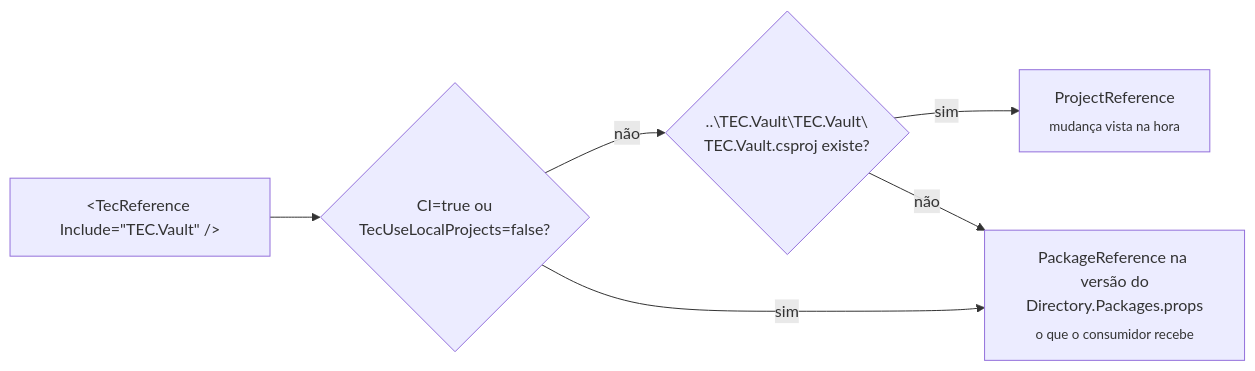
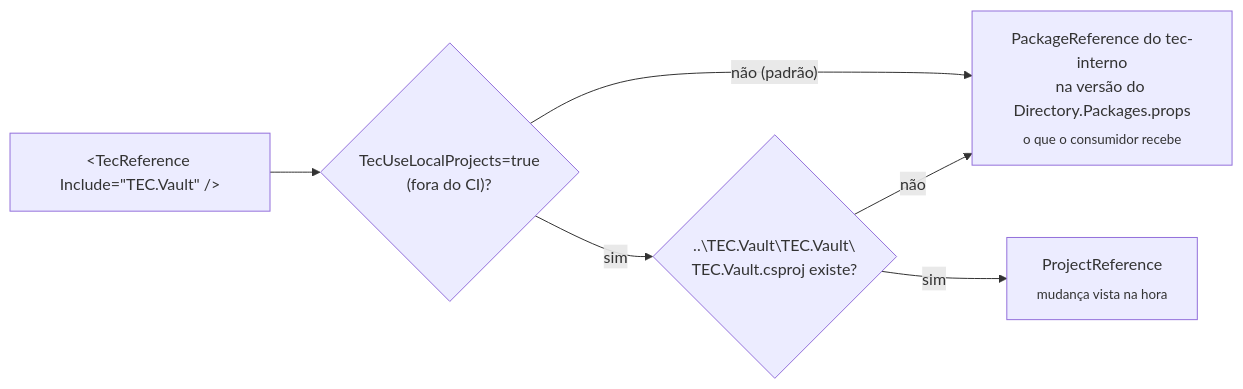
The second of 3 diagrams in README.md (tudoemcodigo/tec-workflows), drawn with Mermaid before and after one commit. The commit also changed other lines of this file and 2 other files, not shown here.

First line of the commit message:
Pacotes TEC.* do feed interno por padrão, também na máquina

````diff
--- a/README.md
+++ b/README.md
@@ -221,8 +221,8 @@
 ```mermaid
 flowchart LR
-    CSPROJ["&lt;TecReference Include=&quot;TEC.Vault&quot; /&gt;"] --> Q{"CI=true ou<br/>TecUseLocalProjects=false?"}
-    Q -- não --> E{"..\TEC.Vault\TEC.Vault\<br/>TEC.Vault.csproj existe?"}
+    CSPROJ["&lt;TecReference Include=&quot;TEC.Vault&quot; /&gt;"] --> Q{"TecUseLocalProjects=true<br/>(fora do CI)?"}
+    Q -- "não (padrão)" --> PK["PackageReference do tec-interno<br/>na versão do Directory.Packages.props<br/><sub>o que o consumidor recebe</sub>"]
+    Q -- sim --> E{"..\TEC.Vault\TEC.Vault\<br/>TEC.Vault.csproj existe?"}
     E -- sim --> PR["ProjectReference<br/><sub>mudança vista na hora</sub>"]
     E -- não --> PK
-    Q -- sim --> PK["PackageReference na versão do<br/>Directory.Packages.props<br/><sub>o que o consumidor recebe</sub>"]
 ```
````
